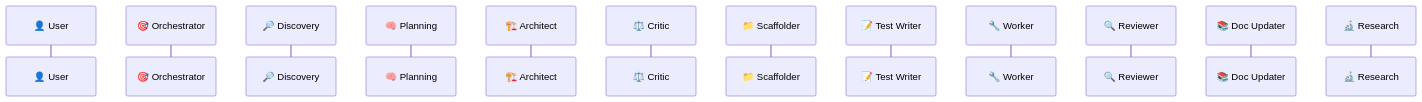
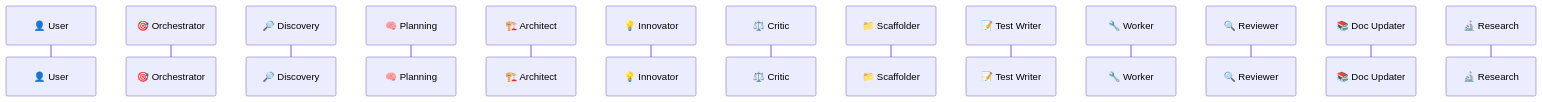
Before and after one commit to Doumajnik/template: the diagram in .ai/TRACE_TEMPLATE.md, drawn with Mermaid. The commit also changed other lines of this file and 15 other files, not shown here.

````diff
--- a/.ai/TRACE_TEMPLATE.md
+++ b/.ai/TRACE_TEMPLATE.md
@@ -9,18 +9,19 @@
 ```mermaid
 sequenceDiagram
     participant U as 👤 User
     participant O as 🎯 Orchestrator
     participant D as 🔎 Discovery
     participant PL as 🧠 Planning
     participant A as 🏗️ Architect
+    participant IN as 💡 Innovator
     participant C as ⚖️ Critic
     participant S as 📁 Scaffolder
     participant TW as 📝 Test Writer
     participant W as 🔧 Worker
     participant R as 🔍 Reviewer
     participant DU as 📚 Doc Updater
     participant RE as 🔬 Research
 
     %% === Agent trace lines are inserted below === %%
     %% TRACE_INSERT_HERE
 ```
````
